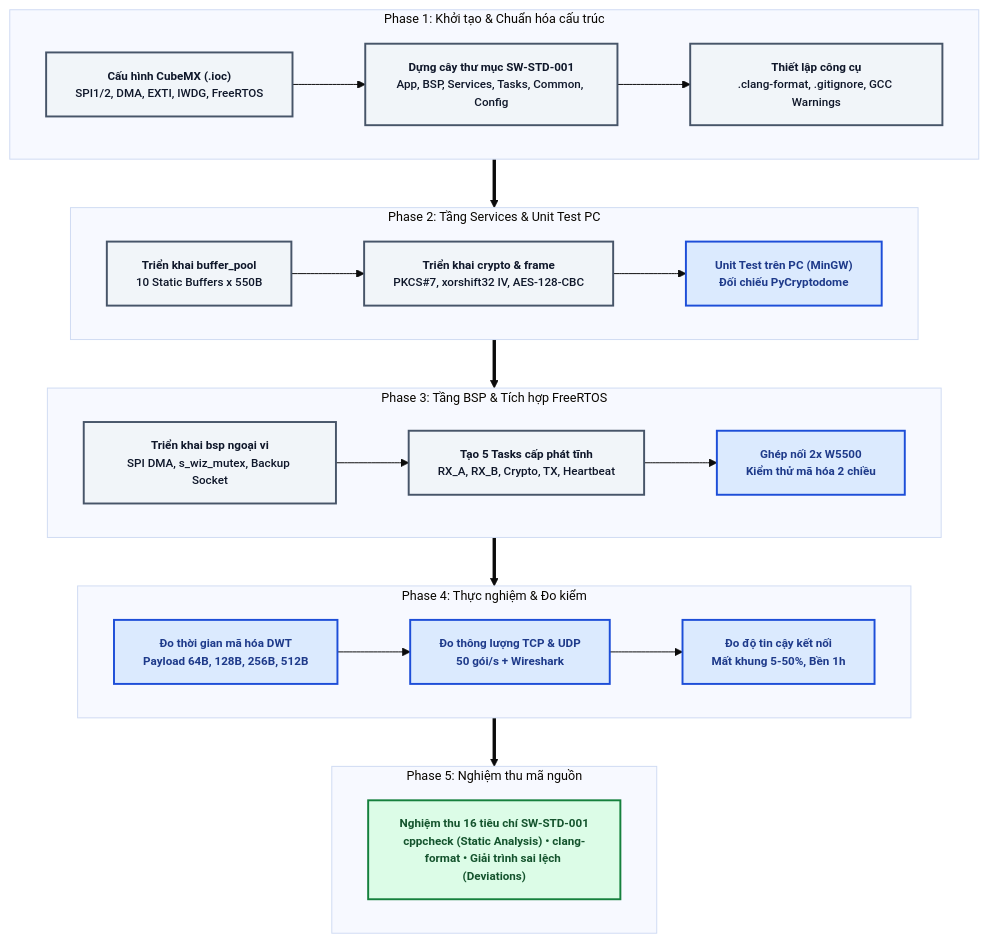
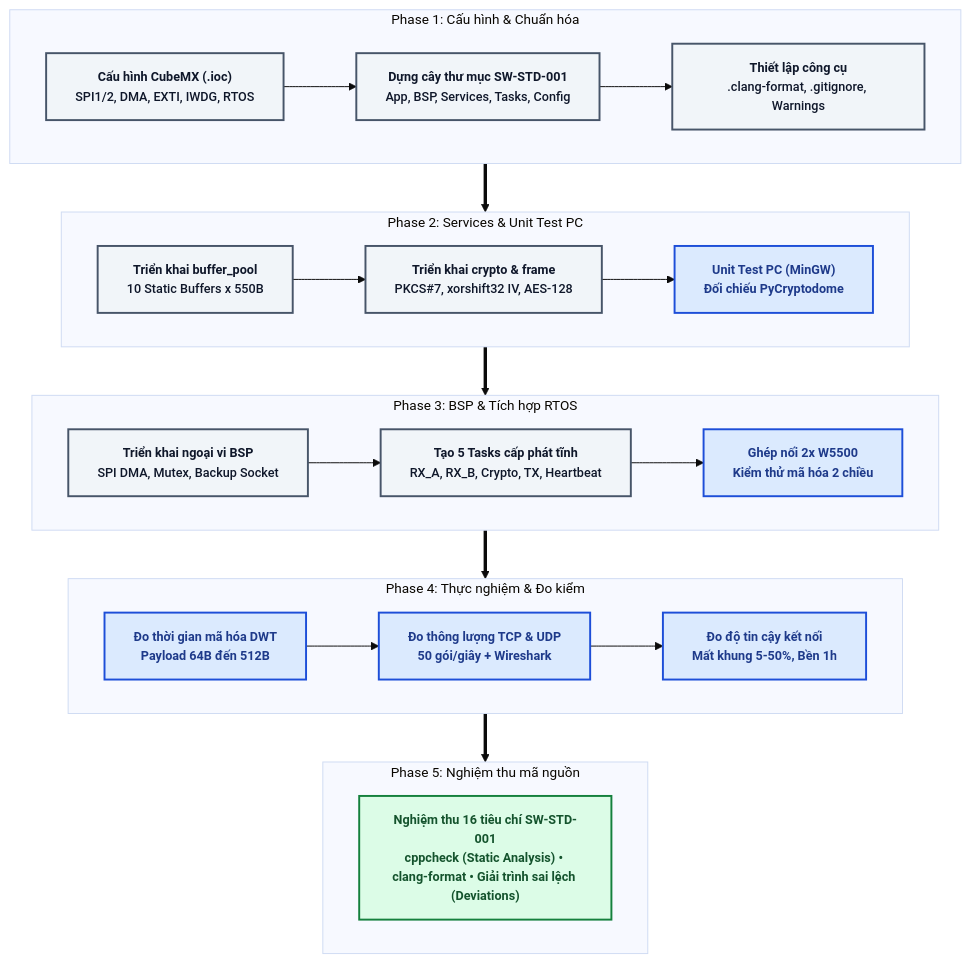
Before and after one commit to Draconic211/Secure_Gateway_AES128_STM32: the first of 2 diagrams in README.md, drawn with Mermaid. The commit also changed other lines of this file, not shown here.

````diff
--- a/README.md
+++ b/README.md
@@ -7,55 +7,43 @@
 ```mermaid
-%%{init: {'theme': 'base', 'themeVariables': { 'fontFamily': 'ui-sans-serif, system-ui, -apple-system, Segoe UI, Roboto, Helvetica, Arial, sans-serif', 'fontSize': '13px' }}}%%
+%%{init: {'theme': 'base', 'themeVariables': { 'fontSize': '14px', 'fontFamily': 'ui-sans-serif, system-ui, Segoe UI, Roboto, sans-serif' }}}%%
 flowchart TD
-    %% =============================================================
-    %% BẢNG MÀU TƯƠNG PHẢN CAO - DỄ ĐỌC TRÊN GITHUB
-    %% =============================================================
-    classDef default font-size:12px,color:#0F172A;
+    classDef default font-size:13px,color:#0F172A;
     classDef stepClass      fill:#F1F5F9,stroke:#475569,stroke-width:2px,color:#0F172A,font-weight:500;
     classDef highlightClass fill:#DBEAFE,stroke:#1D4ED8,stroke-width:2px,color:#1E3A8A,font-weight:600;
     classDef finalizeClass  fill:#DCFCE7,stroke:#15803D,stroke-width:2px,color:#14532D,font-weight:600;
 
-    %% =============================================================
-    %% CÁC GIAI ĐOẠN (HÀNG NGANG)
-    %% =============================================================
-    subgraph G1[" Phase 1: Khởi tạo & Chuẩn hóa cấu trúc "]
+    subgraph G1[" Phase 1: Cấu hình & Chuẩn hóa   "]
         direction LR
-        A1["<b>Cấu hình CubeMX (.ioc)</b><br/>SPI1/2, DMA, EXTI, IWDG, FreeRTOS"] --> A2["<b>Dựng cây thư mục SW-STD-001</b><br/>App, BSP, Services, Tasks, Common, Config"]
-        A2 --> A3["<b>Thiết lập công cụ</b><br/>.clang-format, .gitignore, GCC Warnings"]
+        A1["<b>Cấu hình CubeMX (.ioc)</b><br/>SPI1/2, DMA, EXTI, IWDG, RTOS"] --> A2["<b>Dựng cây thư mục SW-STD-001</b><br/>App, BSP, Services, Tasks, Config"]
+        A2 --> A3["<b>Thiết lập công cụ</b><br/>.clang-format, .gitignore, Warnings"]
     end
 
-    subgraph G2[" Phase 2: Tầng Services & Unit Test PC "]
+    subgraph G2[" Phase 2: Services & Unit Test PC   "]
         direction LR
-        B1["<b>Triển khai buffer_pool</b><br/>10 Static Buffers x 550B"] --> B2["<b>Triển khai crypto & frame</b><br/>PKCS#7, xorshift32 IV, AES-128-CBC"]
-        B2 --> B3["<b>Unit Test trên PC (MinGW)</b><br/>Đối chiếu PyCryptodome"]
+        B1["<b>Triển khai buffer_pool</b><br/>10 Static Buffers x 550B"] --> B2["<b>Triển khai crypto & frame</b><br/>PKCS#7, xorshift32 IV, AES-128"]
+        B2 --> B3["<b>Unit Test PC (MinGW)</b><br/>Đối chiếu PyCryptodome"]
     end
 
-    subgraph G3[" Phase 3: Tầng BSP & Tích hợp FreeRTOS "]
+    subgraph G3[" Phase 3: BSP & Tích hợp RTOS   "]
         direction LR
-        C1["<b>Triển khai bsp ngoại vi</b><br/>SPI DMA, s_wiz_mutex, Backup Socket"] --> C2["<b>Tạo 5 Tasks cấp phát tĩnh</b><br/>RX_A, RX_B, Crypto, TX, Heartbeat"]
+        C1["<b>Triển khai ngoại vi BSP</b><br/>SPI DMA, Mutex, Backup Socket"] --> C2["<b>Tạo 5 Tasks cấp phát tĩnh</b><br/>RX_A, RX_B, Crypto, TX, Heartbeat"]
         C2 --> C3["<b>Ghép nối 2x W5500</b><br/>Kiểm thử mã hóa 2 chiều"]
     end
 
-    subgraph G4[" Phase 4: Thực nghiệm & Đo kiểm "]
+    subgraph G4[" Phase 4: Thực nghiệm & Đo kiểm   "]
         direction LR
-        D1["<b>Đo thời gian mã hóa DWT</b><br/>Payload 64B, 128B, 256B, 512B"] --> D2["<b>Đo thông lượng TCP & UDP</b><br/>50 gói/s + Wireshark"]
+        D1["<b>Đo thời gian mã hóa DWT</b><br/>Payload 64B đến 512B"] --> D2["<b>Đo thông lượng TCP & UDP</b><br/>50 gói/giây + Wireshark"]
         D2 --> D3["<b>Đo độ tin cậy kết nối</b><br/>Mất khung 5-50%, Bền 1h"]
     end
 
-    subgraph G5[" Phase 5: Nghiệm thu mã nguồn "]
+    subgraph G5[" Phase 5: Nghiệm thu mã nguồn   "]
         direction LR
         E1["<b>Nghiệm thu 16 tiêu chí SW-STD-001</b><br/>cppcheck (Static Analysis) • clang-format • Giải trình sai lệch (Deviations)"]
     end
 
-    %% =============================================================
-    %% LIÊN KẾT TUẦN TỰ
-    %% =============================================================
     G1 ==> G2 ==> G3 ==> G4 ==> G5
 
-    %% =============================================================
-    %% ÁP DỤNG STYLE
-    %% =============================================================
     class A1,A2,A3,B1,B2,C1,C2 stepClass;
     class B3,C3,D1,D2,D3 highlightClass;
     class E1 finalizeClass;
 ```
````
